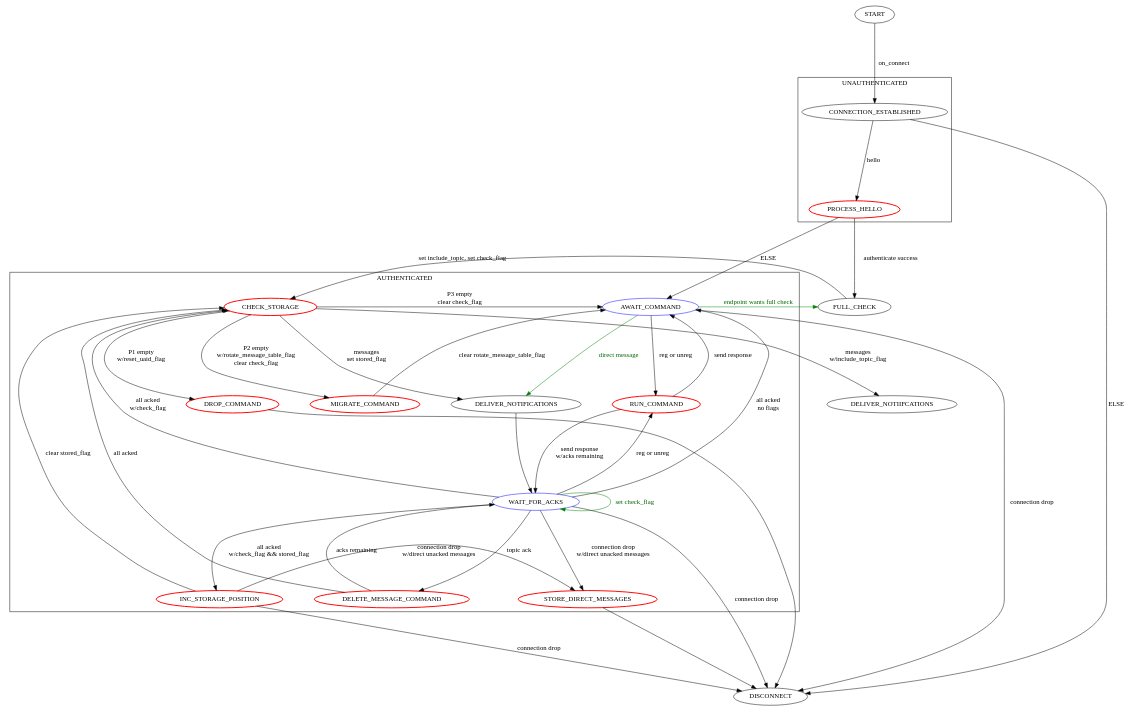
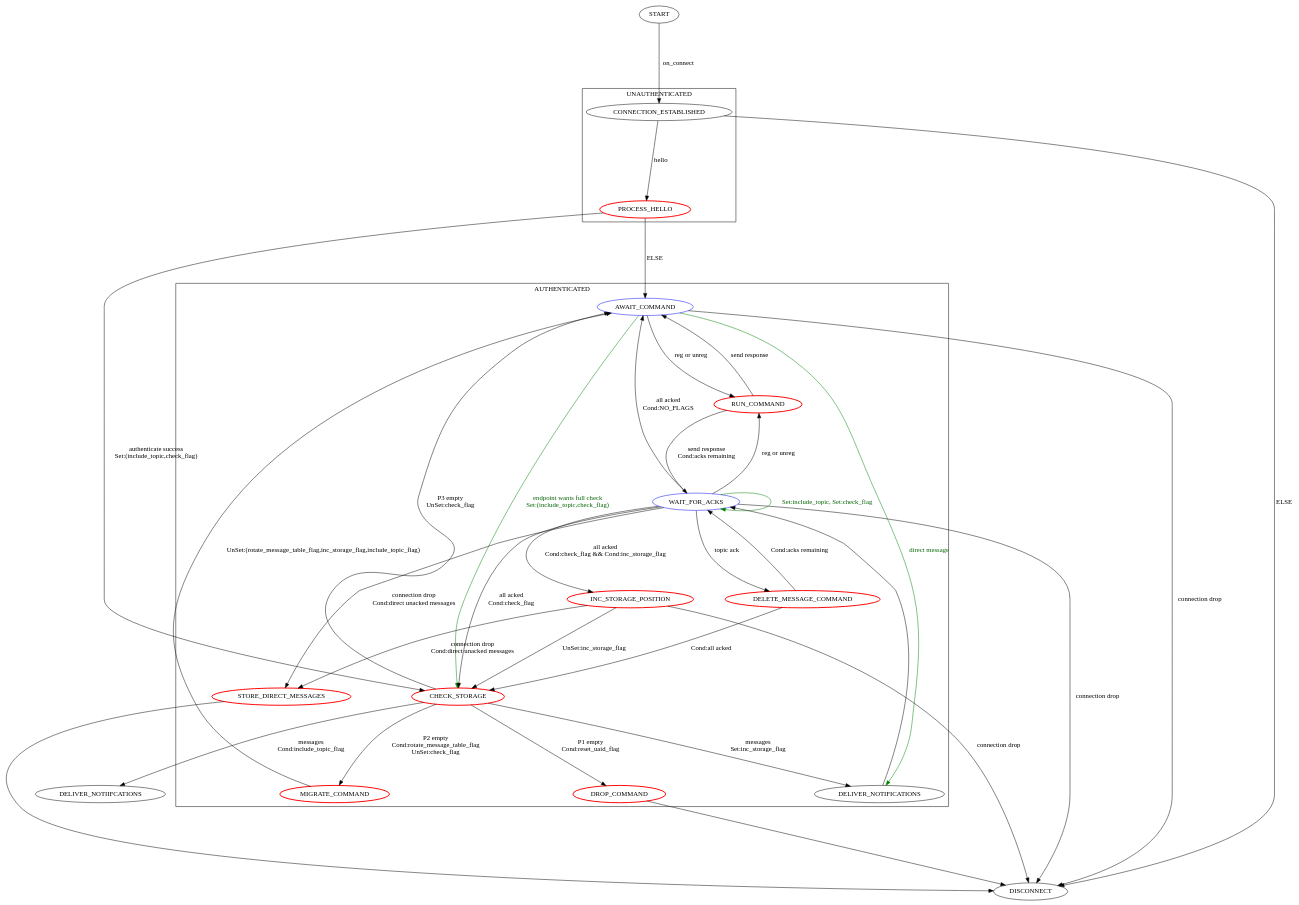
One commit to mozilla-services/autopush changed the diagram in states.dot. Above: the diagram before and after it, drawn with Graphviz. The commit also changed 1 other file, not shown here.

Commit message:
Cleanup state diagraam, refactor check storage.

```diff
--- a/states.dot
+++ b/states.dot
@@ -1,79 +1,75 @@
 digraph g{
     ranksep="1.7 equally"
     nodesep="0.9 equally"
 
     START -> CONNECTION_ESTABLISHED [label="on_connect"];
 
     subgraph level0 {
         DISCONNECT;
     }
 
     subgraph cluster_unauthenticated {
         label = "UNAUTHENTICATED";
         PROCESS_HELLO [ color = "red", penwidth = 2];
         CONNECTION_ESTABLISHED;
         PROCESS_HELLO;
     }
 
     subgraph cluster_authenticated {
         label = "AUTHENTICATED";
         AWAIT_COMMAND [ color = "blue"];
         RUN_COMMAND;
         WAIT_FOR_ACKS [ color = "blue"];
         DELIVER_NOTIFICATIONS;
         INC_STORAGE_POSITION [ color = "red", penwidth = 2];
         STORE_DIRECT_MESSAGES [ color = "red", penwidth = 2];
         CHECK_STORAGE [ color = "red", penwidth = 2];
         RUN_COMMAND [ color = "red", penwidth = 2];
         MIGRATE_COMMAND [ color = "red", penwidth = 2];
         DROP_COMMAND [ color = "red", penwidth = 2];
         DELETE_MESSAGE_COMMAND [ color = "red", penwidth = 2];
-        {rank=same; CHECK_STORAGE AWAIT_COMMAND}
-        {rank=same; INC_STORAGE_POSITION STORE_DIRECT_MESSAGES}
     }
 
-    CHECK_STORAGE -> DELIVER_NOTIIFCATIONS [label="messages \n w/include_topic_flag"];
-    CHECK_STORAGE -> DELIVER_NOTIFICATIONS [label="messages \n set stored_flag"];
-    CHECK_STORAGE -> DROP_COMMAND [label="P1 empty\n w/reset_uaid_flag"];
-    CHECK_STORAGE -> MIGRATE_COMMAND [label="P2 empty\n w/rotate_message_table_flag\n clear check_flag"];
-    CHECK_STORAGE -> AWAIT_COMMAND [label="P3 empty\n clear check_flag"];
+    CHECK_STORAGE -> DELIVER_NOTIIFCATIONS [label="messages \n Cond:include_topic_flag"];
+    CHECK_STORAGE -> DELIVER_NOTIFICATIONS [label="messages \n Set:inc_storage_flag"];
+    CHECK_STORAGE -> DROP_COMMAND [label="P1 empty\n Cond:reset_uaid_flag"];
+    CHECK_STORAGE -> MIGRATE_COMMAND [label="P2 empty\n Cond:rotate_message_table_flag\n UnSet:check_flag"];
+    CHECK_STORAGE -> AWAIT_COMMAND [label="P3 empty\n UnSet:check_flag"];
 
-    MIGRATE_COMMAND -> AWAIT_COMMAND [label="clear rotate_message_table_flag"];
+    MIGRATE_COMMAND -> AWAIT_COMMAND [label="UnSet:(rotate_message_table_flag,inc_storage_flag,include_topic_flag)"];
     DROP_COMMAND -> DISCONNECT;
 
     DELIVER_NOTIFICATIONS -> WAIT_FOR_ACKS;
 
-    DELETE_MESSAGE_COMMAND -> WAIT_FOR_ACKS [label="acks remaining"];
-    DELETE_MESSAGE_COMMAND -> CHECK_STORAGE [label="all acked"];
+    DELETE_MESSAGE_COMMAND -> WAIT_FOR_ACKS [label="Cond:acks remaining"];
+    DELETE_MESSAGE_COMMAND -> CHECK_STORAGE [label="Cond:all acked"];
 
     WAIT_FOR_ACKS -> DELETE_MESSAGE_COMMAND [label="topic ack"];
-    WAIT_FOR_ACKS -> INC_STORAGE_POSITION [label="all acked \n w/check_flag && stored_flag"];
-    WAIT_FOR_ACKS -> CHECK_STORAGE [label="all acked \n w/check_flag"];
-    WAIT_FOR_ACKS -> AWAIT_COMMAND [label="all acked \n no flags"];
+    WAIT_FOR_ACKS -> INC_STORAGE_POSITION [label="all acked \n Cond:check_flag && Cond:inc_storage_flag"];
+    WAIT_FOR_ACKS -> CHECK_STORAGE [label="all acked \n Cond:check_flag"];
+    WAIT_FOR_ACKS -> AWAIT_COMMAND [label="all acked \n Cond:NO_FLAGS"];
     WAIT_FOR_ACKS -> RUN_COMMAND [label="reg or unreg"];
     WAIT_FOR_ACKS -> DISCONNECT [label="connection drop"];
-    WAIT_FOR_ACKS -> WAIT_FOR_ACKS [label="set check_flag", fontcolor="darkgreen", color="green"];
-    WAIT_FOR_ACKS -> STORE_DIRECT_MESSAGES [label="connection drop \n w/direct unacked messages"];
+    WAIT_FOR_ACKS -> WAIT_FOR_ACKS [label="Set:include_topic, Set:check_flag", fontcolor="darkgreen", color="green"];
+    WAIT_FOR_ACKS -> STORE_DIRECT_MESSAGES [label="connection drop \n Cond:direct unacked messages"];
 
-    INC_STORAGE_POSITION -> CHECK_STORAGE [label="clear stored_flag"];
-    INC_STORAGE_POSITION -> STORE_DIRECT_MESSAGES [label="connection drop \n w/direct unacked messages"];
+    INC_STORAGE_POSITION -> CHECK_STORAGE [label="UnSet:inc_storage_flag"];
+    INC_STORAGE_POSITION -> STORE_DIRECT_MESSAGES [label="connection drop \n Cond:direct unacked messages"];
     INC_STORAGE_POSITION -> DISCONNECT [label="connection drop"];
 
-    AWAIT_COMMAND -> FULL_CHECK [label="endpoint wants full check", fontcolor="darkgreen", color="green"];
+    AWAIT_COMMAND -> CHECK_STORAGE [label="endpoint wants full check \nSet:(include_topic,check_flag)", fontcolor="darkgreen", color="green"];
     AWAIT_COMMAND -> RUN_COMMAND [label="reg or unreg"];
     AWAIT_COMMAND -> DISCONNECT [label="connection drop"];
     AWAIT_COMMAND -> DELIVER_NOTIFICATIONS [label="direct message", fontcolor="darkgreen", color="green"];
 
     STORE_DIRECT_MESSAGES -> DISCONNECT;
 
     RUN_COMMAND -> AWAIT_COMMAND [label="send response"];
-    RUN_COMMAND -> WAIT_FOR_ACKS [label="send response \n w/acks remaining"];
+    RUN_COMMAND -> WAIT_FOR_ACKS [label="send response \n Cond:acks remaining"];
 
     CONNECTION_ESTABLISHED -> PROCESS_HELLO [label="hello"];
     CONNECTION_ESTABLISHED -> DISCONNECT [label="ELSE"];
 
-    FULL_CHECK -> CHECK_STORAGE [label="set include_topic, set check_flag"];
-
-    PROCESS_HELLO -> FULL_CHECK [label="authenticate success"];
+    PROCESS_HELLO -> CHECK_STORAGE [label="authenticate success \n Set:(include_topic,check_flag)"];
     PROCESS_HELLO -> AWAIT_COMMAND [label="ELSE"];
 }
```
